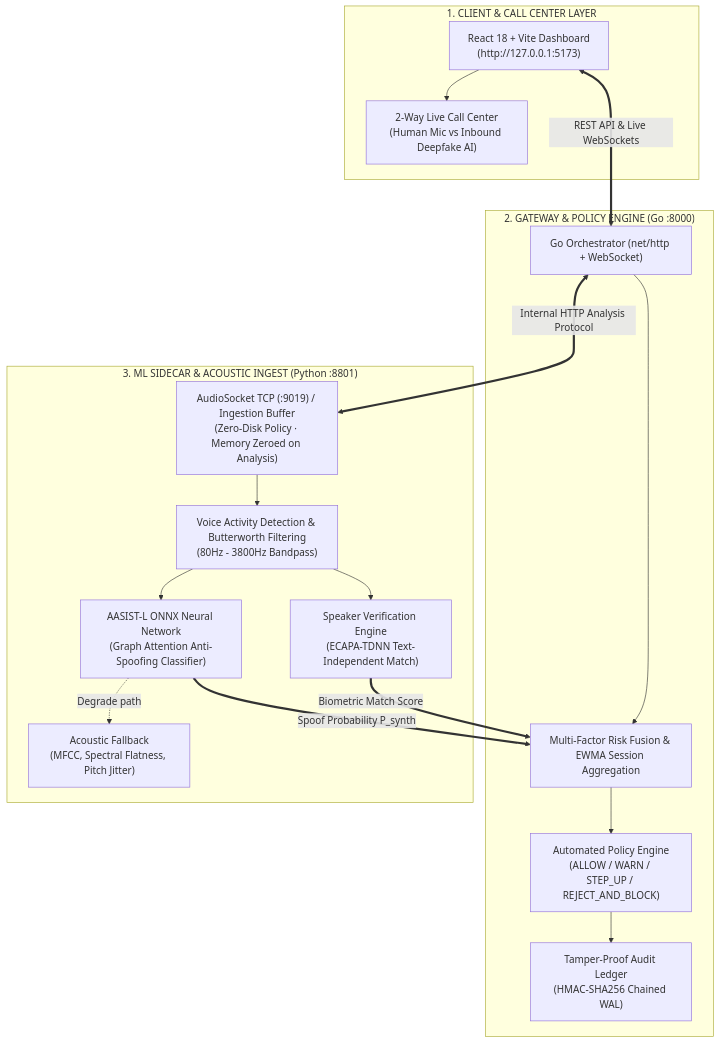
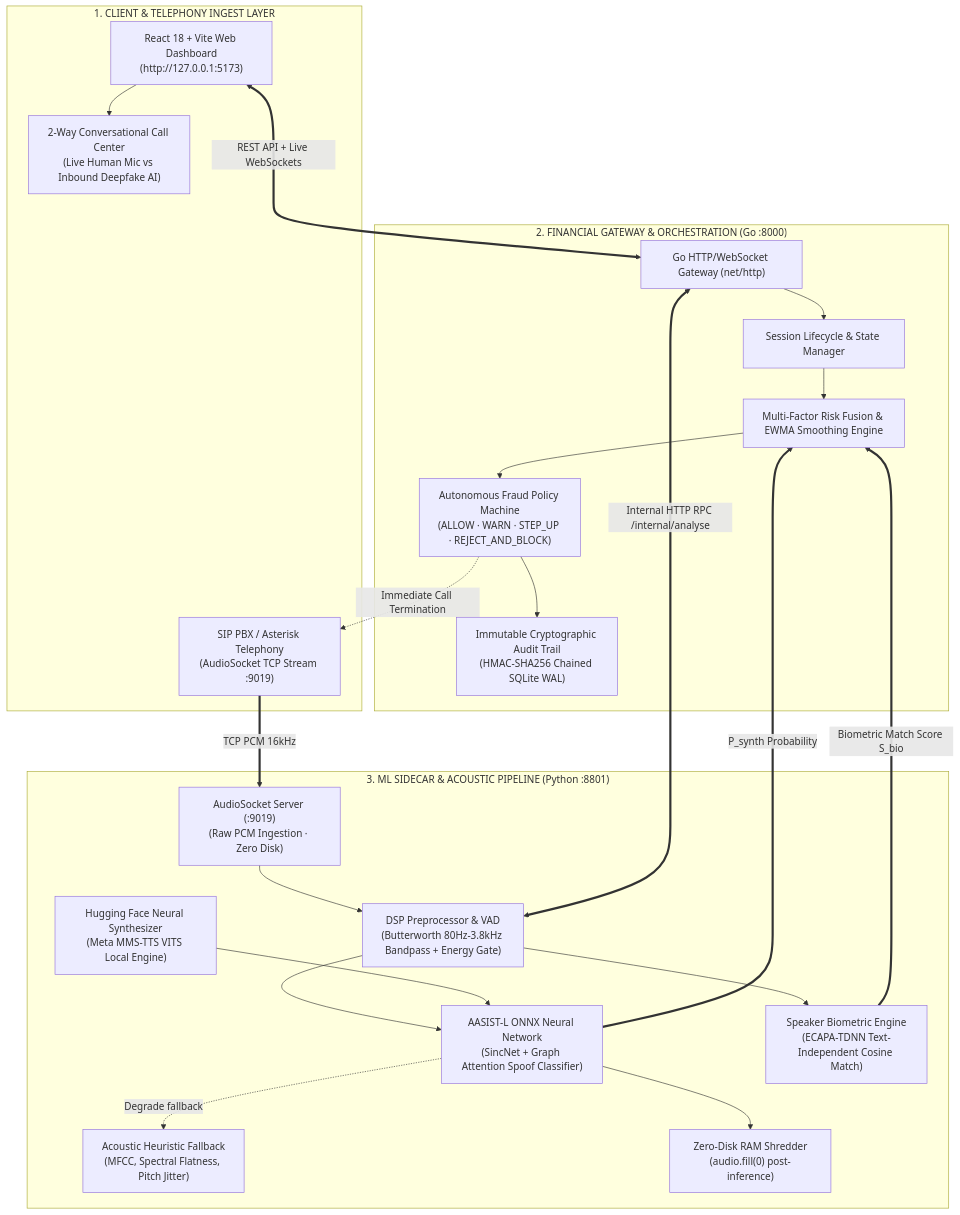
Before and after one commit to EagleEye-xdata/Vox_Gaurd: the diagram in README.md, drawn with Mermaid. The commit also changed other lines of this file and 24 other files, not shown here.

Commit message:
feat: implement multi-layer deepfake detection, intent analysis, session drift, and client SDKs

````diff
--- a/README.md
+++ b/README.md
@@ -11,37 +36,47 @@
 ```mermaid
 flowchart TD
-    subgraph ClientLayer ["1. CLIENT & CALL CENTER LAYER"]
-        Browser["React 18 + Vite Dashboard\n(http://127.0.0.1:5173)"]
-        LivePhone["2-Way Live Call Center\n(Human Mic vs Inbound Deepfake AI)"]
-        Browser --> LivePhone
+    subgraph ClientLayer ["1. CLIENT & TELEPHONY INGEST LAYER"]
+        Dashboard["React 18 + Vite Web Dashboard\n(http://127.0.0.1:5173)"]
+        LivePhone["2-Way Conversational Call Center\n(Live Human Mic vs Inbound Deepfake AI)"]
+        PBX["SIP PBX / Asterisk Telephony\n(AudioSocket TCP Stream :9019)"]
+        
+        Dashboard --> LivePhone
     end
 
-    subgraph GatewayLayer ["2. GATEWAY & POLICY ENGINE (Go :8000)"]
-        GoGateway["Go Orchestrator (net/http + WebSocket)"]
-        PolicyEngine["Automated Policy Engine\n(ALLOW / WARN / STEP_UP / REJECT_AND_BLOCK)"]
-        RiskFusion["Multi-Factor Risk Fusion & EWMA Session Aggregation"]
-        HMACLedger["Tamper-Proof Audit Ledger\n(HMAC-SHA256 Chained WAL)"]
+    subgraph GatewayLayer ["2. FINANCIAL GATEWAY & ORCHESTRATION (Go :8000)"]
+        GoAPI["Go HTTP/WebSocket Gateway (net/http)"]
+        SessionMgr["Session Lifecycle & State Manager"]
+        RiskFusion["Multi-Factor Risk Fusion & EWMA Smoothing Engine"]
+        PolicyEngine["Autonomous Fraud Policy Machine\n(ALLOW · WARN · STEP_UP · REJECT_AND_BLOCK)"]
+        AuditLedger["Immutable Cryptographic Audit Trail\n(HMAC-SHA256 Chained SQLite WAL)"]
         
-        GoGateway --> RiskFusion
+        GoAPI --> SessionMgr
+        SessionMgr --> RiskFusion
         RiskFusion --> PolicyEngine
-        PolicyEngine --> HMACLedger
+        PolicyEngine --> AuditLedger
     end
 
-    subgraph MLLayer ["3. ML SIDECAR & ACOUSTIC INGEST (Python :8801)"]
-        AudioIngest["AudioSocket TCP (:9019) / Ingestion Buffer\n(Zero-Disk Policy · Memory Zeroed on Analysis)"]
-        VAD["Voice Activity Detection & Butterworth Filtering\n(80Hz - 3800Hz Bandpass)"]
-        AASISTL["AASIST-L ONNX Neural Network\n(Graph Attention Anti-Spoofing Classifier)"]
-        SpeakerVerifier["Speaker Verification Engine\n(ECAPA-TDNN Text-Independent Match)"]
-        HeuristicFallback["Acoustic Fallback\n(MFCC, Spectral Flatness, Pitch Jitter)"]
-        
-        AudioIngest --> VAD
+    subgraph MLLayer ["3. ML SIDECAR & ACOUSTIC PIPELINE (Python :8801)"]
+        SocketIngest["AudioSocket Server (:9019)\n(Raw PCM Ingestion · Zero Disk)"]
+        VAD["DSP Preprocessor & VAD\n(Butterworth 80Hz-3.8kHz Bandpass + Energy Gate)"]
+        AASISTL["AASIST-L ONNX Neural Network\n(SincNet + Graph Attention Spoof Classifier)"]
+        HF_TTS["Hugging Face Neural Synthesizer\n(Meta MMS-TTS VITS Local Engine)"]
+        Verifier["Speaker Biometric Engine\n(ECAPA-TDNN Text-Independent Cosine Match)"]
+        Fallback["Acoustic Heuristic Fallback\n(MFCC, Spectral Flatness, Pitch Jitter)"]
+        MemZero["Zero-Disk RAM Shredder\n(audio.fill(0) post-inference)"]
+
+        SocketIngest --> VAD
         VAD --> AASISTL
-        VAD --> SpeakerVerifier
-        AASISTL -.->|Degrade path| HeuristicFallback
+        VAD --> Verifier
+        AASISTL -.->|Degrade fallback| Fallback
+        AASISTL --> MemZero
+        HF_TTS --> AASISTL
     end
 
-    Browser <===>|REST API & Live WebSockets| GoGateway
-    GoGateway <===>|Internal HTTP Analysis Protocol| AudioIngest
-    AASISTL ==>|Spoof Probability P_synth| RiskFusion
-    SpeakerVerifier ==>|Biometric Match Score| RiskFusion
+    PBX ==>|TCP PCM 16kHz| SocketIngest
+    Dashboard <===>|REST API + Live WebSockets| GoAPI
+    GoAPI <===>|Internal HTTP RPC /internal/analyse| VAD
+    AASISTL ==>|P_synth Probability| RiskFusion
+    Verifier ==>|Biometric Match Score S_bio| RiskFusion
+    PolicyEngine -.->|Immediate Call Termination| PBX
 ```
````
